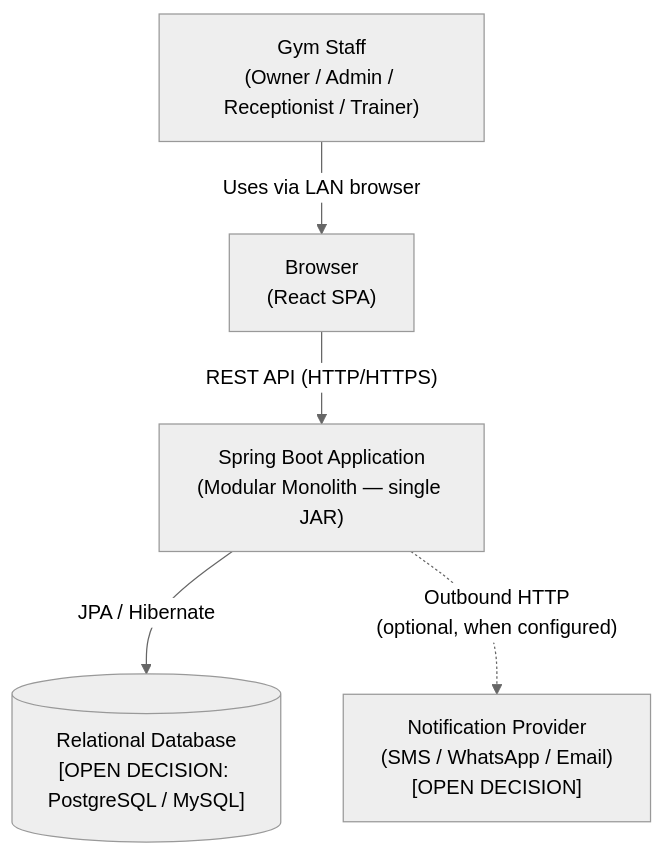
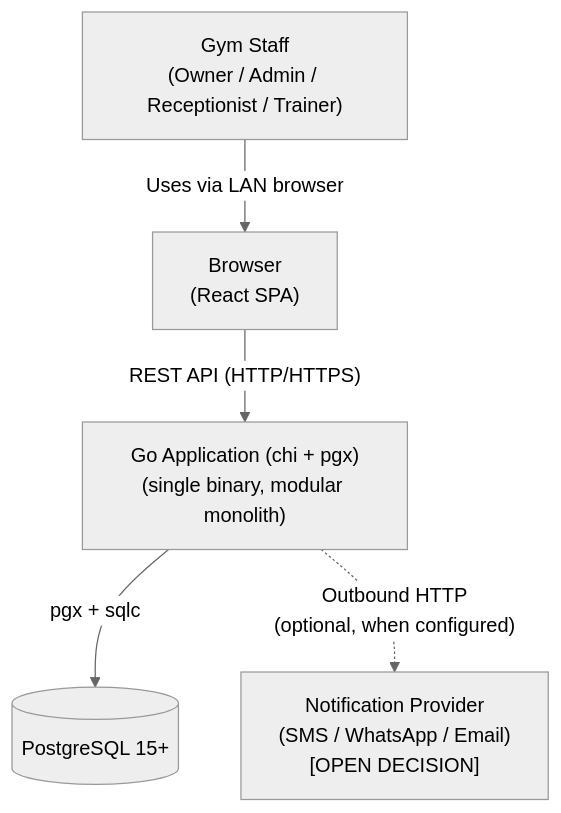
The first of 5 diagrams in backend/docs/02-system-architecture.md (sidpd51/gym-app), drawn with Mermaid (neutral theme) before and after one commit. The commit also changed other lines of this file and 5 other files, not shown here.

Commit message:
Migrate backend architecture documentation from Java/Spring Boot to Go

````diff
--- a/backend/docs/02-system-architecture.md
+++ b/backend/docs/02-system-architecture.md
@@ -41,13 +45,13 @@
 ```mermaid
 flowchart TD
     Staff["Gym Staff\n(Owner / Admin / Receptionist / Trainer)"]
     Browser["Browser\n(React SPA)"]
-    Backend["Spring Boot Application\n(Modular Monolith — single JAR)"]
-    DB[("Relational Database\n[OPEN DECISION: PostgreSQL / MySQL]")]
+    Backend["Go Application (chi + pgx)\n(single binary, modular monolith)"]
+    DB[("PostgreSQL 15+")]
     Notif["Notification Provider\n(SMS / WhatsApp / Email)\n[OPEN DECISION]"]
 
     Staff -->|"Uses via LAN browser"| Browser
     Browser -->|"REST API (HTTP/HTTPS)"| Backend
-    Backend -->|"JPA / Hibernate"| DB
+    Backend -->|"pgx + sqlc"| DB
     Backend -.->|"Outbound HTTP\n(optional, when configured)"| Notif
 ```
````
